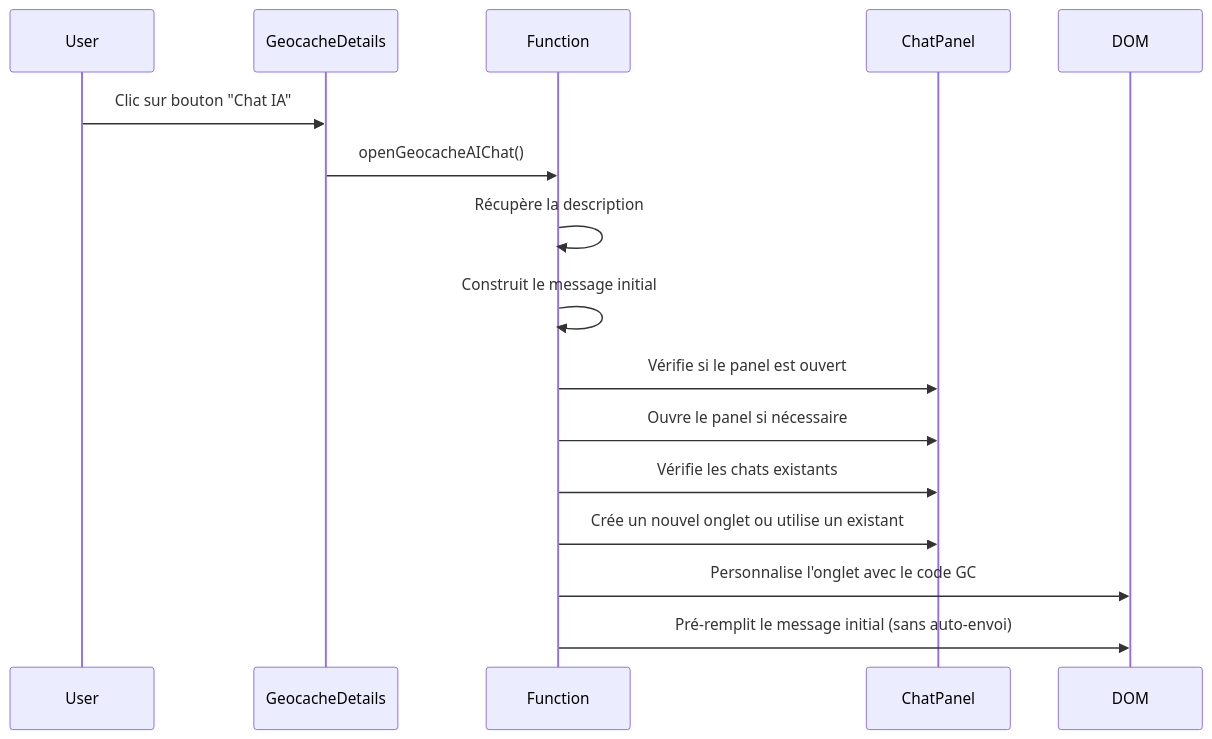
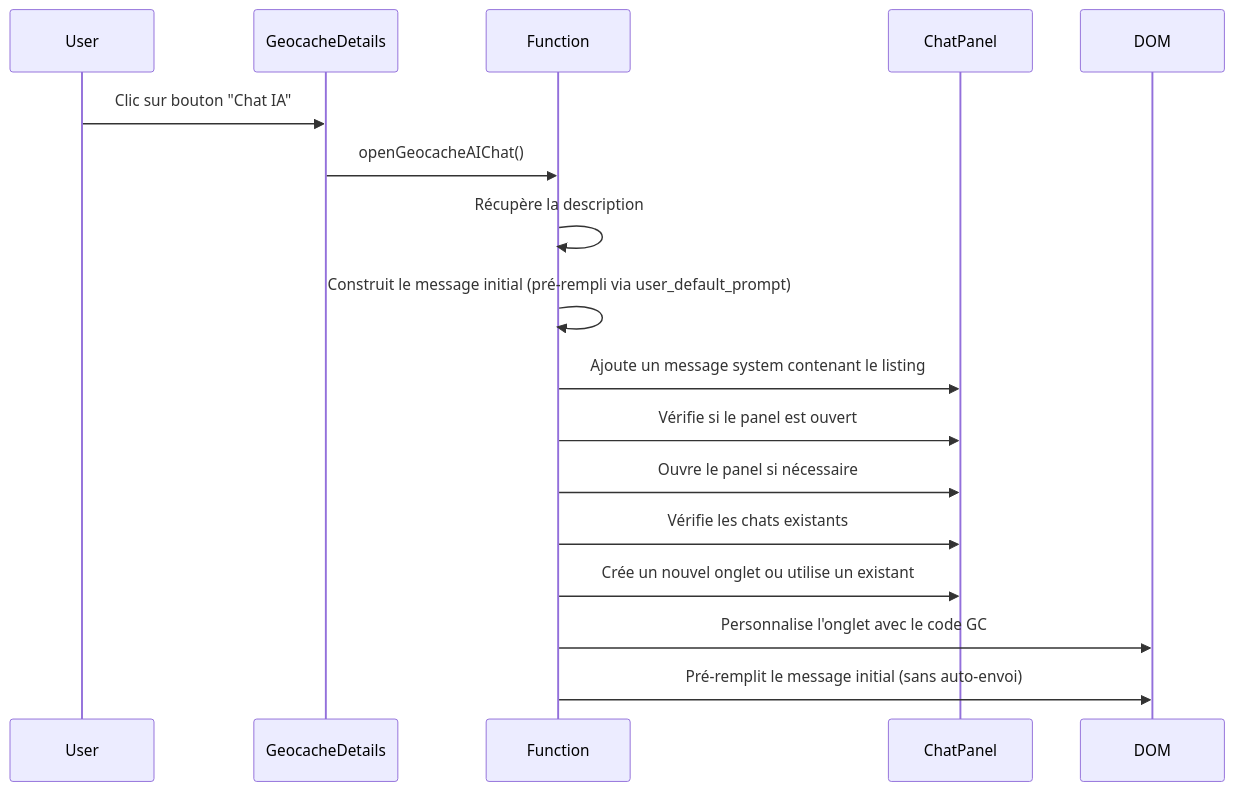
Before and after one commit to TherionAcribus/MysterAI: the fourth of 5 diagrams in docs/panel_ia.md, drawn with Mermaid. The commit also changed other lines of this file and 3 other files, not shown here.

````diff
--- a/docs/panel_ia.md
+++ b/docs/panel_ia.md
@@ -278,19 +280,20 @@
 ```mermaid
 sequenceDiagram
     participant User
     participant GeocacheDetails
     participant Function
     participant ChatPanel
     participant DOM
 
     User->>GeocacheDetails: Clic sur bouton "Chat IA"
     GeocacheDetails->>Function: openGeocacheAIChat()
     Function->>Function: Récupère la description
-    Function->>Function: Construit le message initial
+    Function->>Function: Construit le message initial (pré-rempli via user_default_prompt)
+    Function->>ChatPanel: Ajoute un message system contenant le listing
     Function->>ChatPanel: Vérifie si le panel est ouvert
     Function->>ChatPanel: Ouvre le panel si nécessaire
     Function->>ChatPanel: Vérifie les chats existants
     Function->>ChatPanel: Crée un nouvel onglet ou utilise un existant
     Function->>DOM: Personnalise l'onglet avec le code GC
     Function->>DOM: Pré-remplit le message initial (sans auto-envoi)
 ```
````
